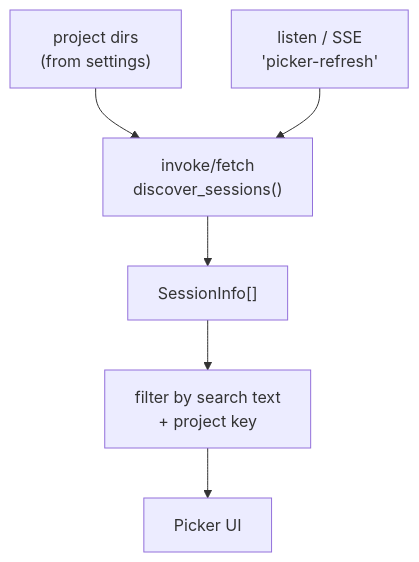
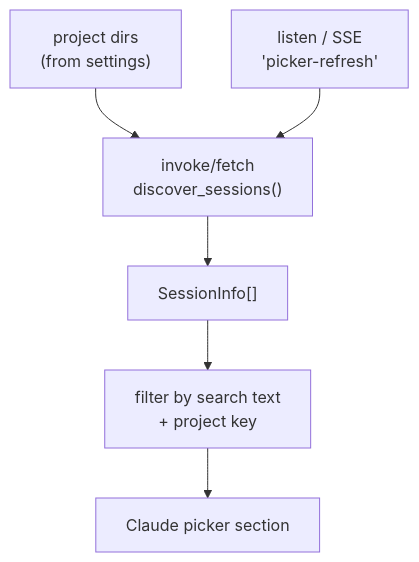
One commit to delexw/claude-code-trace changed the fourth of 14 diagrams in specs/05-frontend-web.md. Above: the diagram before and after it, drawn with Mermaid. The commit also changed other lines of this file and 63 other files, not shown here.

````diff
--- a/specs/05-frontend-web.md
+++ b/specs/05-frontend-web.md
@@ -141,9 +149,9 @@
 ```mermaid
 flowchart TD
     DIRS["project dirs\n(from settings)"]
     DIRS --> DISC["invoke/fetch\ndiscover_sessions()"]
     DISC --> SESSIONS["SessionInfo[]"]
     SESSIONS --> FILTER["filter by search text\n+ project key"]
-    FILTER --> DISPLAY["Picker UI"]
+    FILTER --> DISPLAY["Claude picker section"]
     LISTEN["listen / SSE\n'picker-refresh'"] --> DISC
 ```
````
